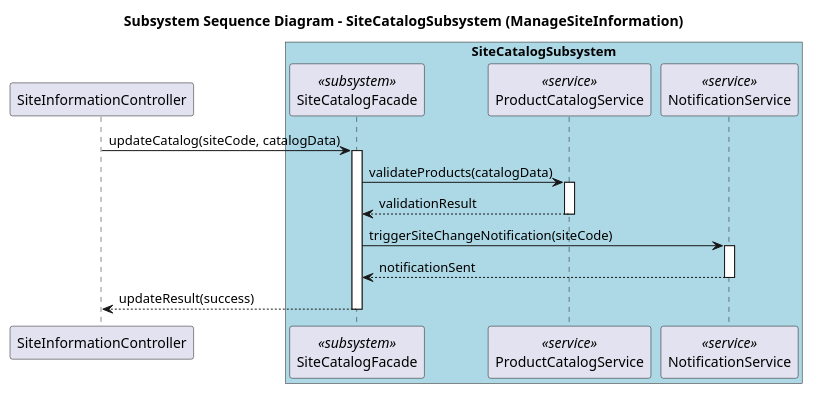
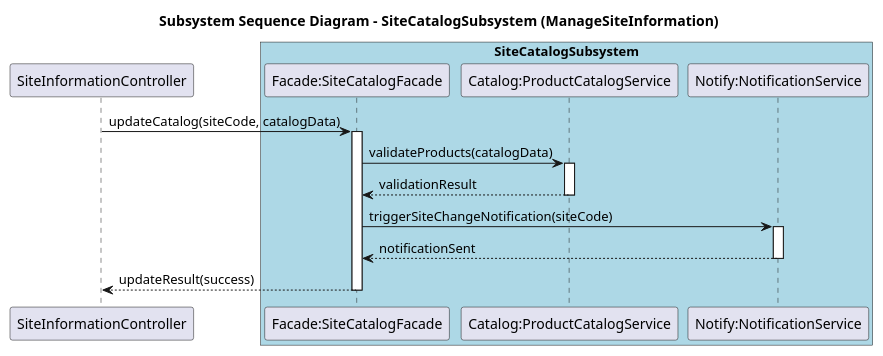
One commit to nqd2/2025.2-166155-15 changed the tenth of 11 diagrams in docs/details/UC002_ManageSiteInformation/UC002_ManageSiteInformation_all.puml. Above: the diagram before and after it, drawn with PlantUML. The commit also changed other lines of this file and 176 other files, not shown here.

```diff
--- a/docs/details/UC002_ManageSiteInformation/UC002_ManageSiteInformation_all.puml
+++ b/docs/details/UC002_ManageSiteInformation/UC002_ManageSiteInformation_all.puml
@@ -357,26 +357,26 @@
 @startuml sequence_subsystem_manage_site_information
 title Subsystem Sequence Diagram - SiteCatalogSubsystem (ManageSiteInformation)
 
 participant "SiteInformationController" as Client
 box "SiteCatalogSubsystem" #LightBlue
-  participant "SiteCatalogFacade" as Facade <<subsystem>>
-  participant "ProductCatalogService" as Catalog <<service>>
-  participant "NotificationService" as Notify <<service>>
+  participant "Facade:SiteCatalogFacade" as Facade
+  participant "Catalog:ProductCatalogService" as Catalog
+  participant "Notify:NotificationService" as Notify
 end box
 
 Client -> Facade : updateCatalog(siteCode, catalogData)
 activate Facade
 
 Facade -> Catalog : validateProducts(catalogData)
 activate Catalog
 Catalog --> Facade : validationResult
 deactivate Catalog
 
 Facade -> Notify : triggerSiteChangeNotification(siteCode)
 activate Notify
 Notify --> Facade : notificationSent
 deactivate Notify
 
 Facade --> Client : updateResult(success)
 deactivate Facade
 @enduml
```
